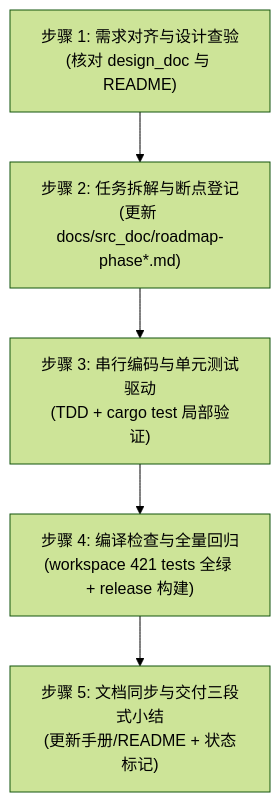
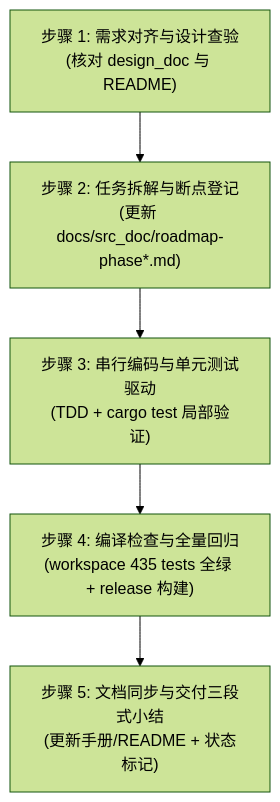
Before and after one commit to digoal/agent-body: the diagram in skills/agent-body-developer/SKILL.md, drawn with Mermaid (forest theme). The commit also changed other lines of this file and 117 other files, not shown here.

````diff
--- a/skills/agent-body-developer/SKILL.md
+++ b/skills/agent-body-developer/SKILL.md
@@ -116,7 +116,7 @@
 ```mermaid
 flowchart TD
     A["步骤 1: 需求对齐与设计查验<br/>(核对 design_doc 与 README)"] --> B["步骤 2: 任务拆解与断点登记<br/>(更新 docs/src_doc/roadmap-phase*.md)"]
     B --> C["步骤 3: 串行编码与单元测试驱动<br/>(TDD + cargo test 局部验证)"]
-    C --> D["步骤 4: 编译检查与全量回归<br/>(workspace 421 tests 全绿 + release 构建)"]
+    C --> D["步骤 4: 编译检查与全量回归<br/>(workspace 435 tests 全绿 + release 构建)"]
     D --> E["步骤 5: 文档同步与交付三段式小结<br/>(更新手册/README + 状态标记)"]
 ```
````
